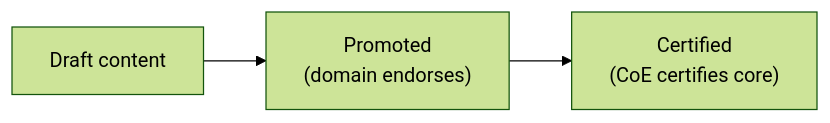
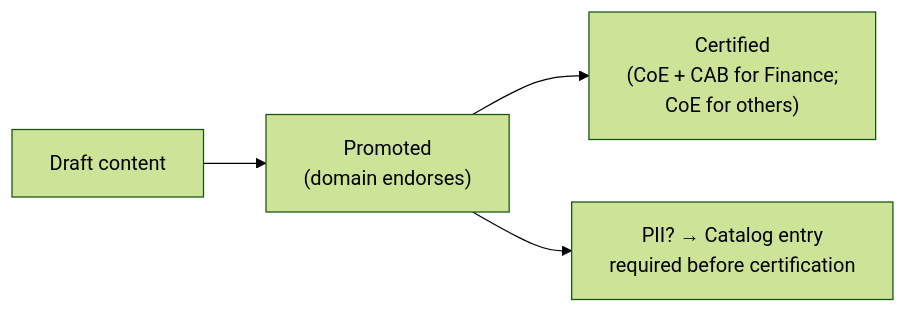
One commit to Jonvoge/fabric-playbook changed the diagram in instances/example-client/pages/04-governance.md. Above: the diagram before and after it, drawn with Mermaid (forest theme). The commit also changed other lines of this file and 15 other files, not shown here.

````diff
--- a/instances/example-client/pages/04-governance.md
+++ b/instances/example-client/pages/04-governance.md
@@ -27,5 +47,6 @@
 ```mermaid
 flowchart LR
-  A["Draft content"] --> B["Promoted<br/>(domain endorses)"]
-  B --> C["Certified<br/>(CoE certifies core)"]
+  A["Draft content"] --> B["Promoted\n(domain endorses)"]
+  B --> C["Certified\n(CoE + CAB for Finance;\nCoE for others)"]
+  B --> PII["PII? → Catalog entry\nrequired before certification"]
 ```
````
